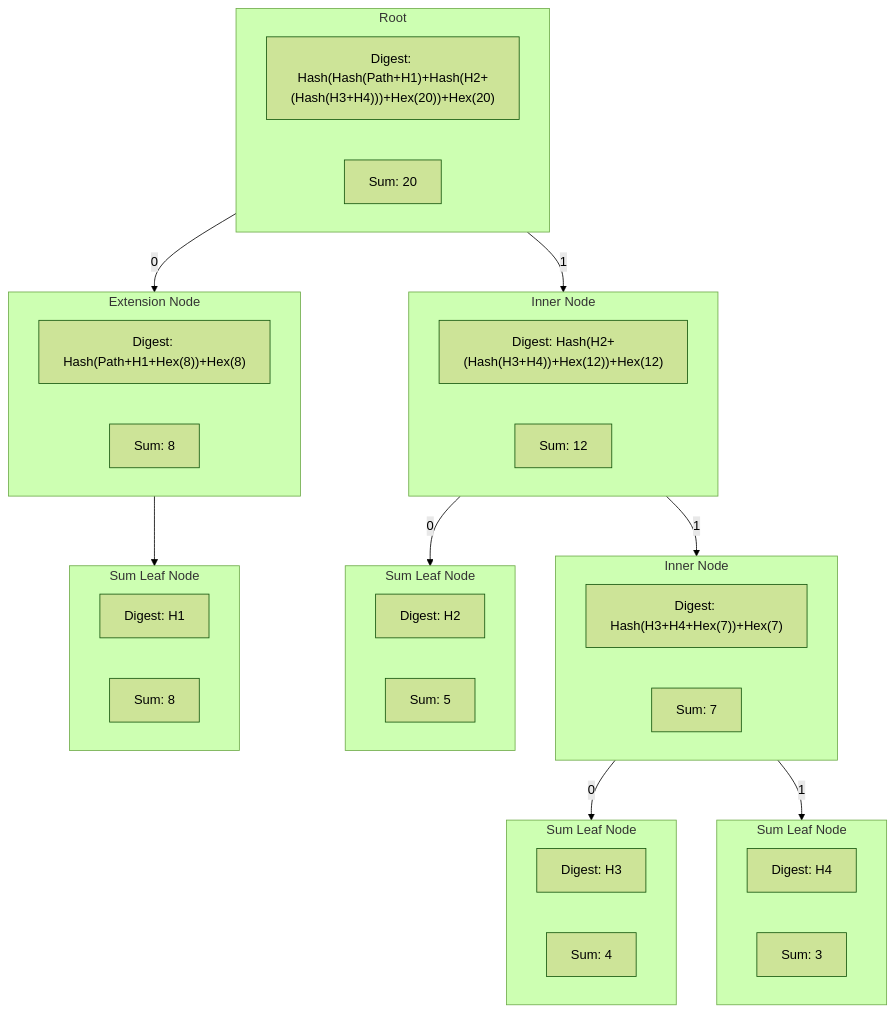
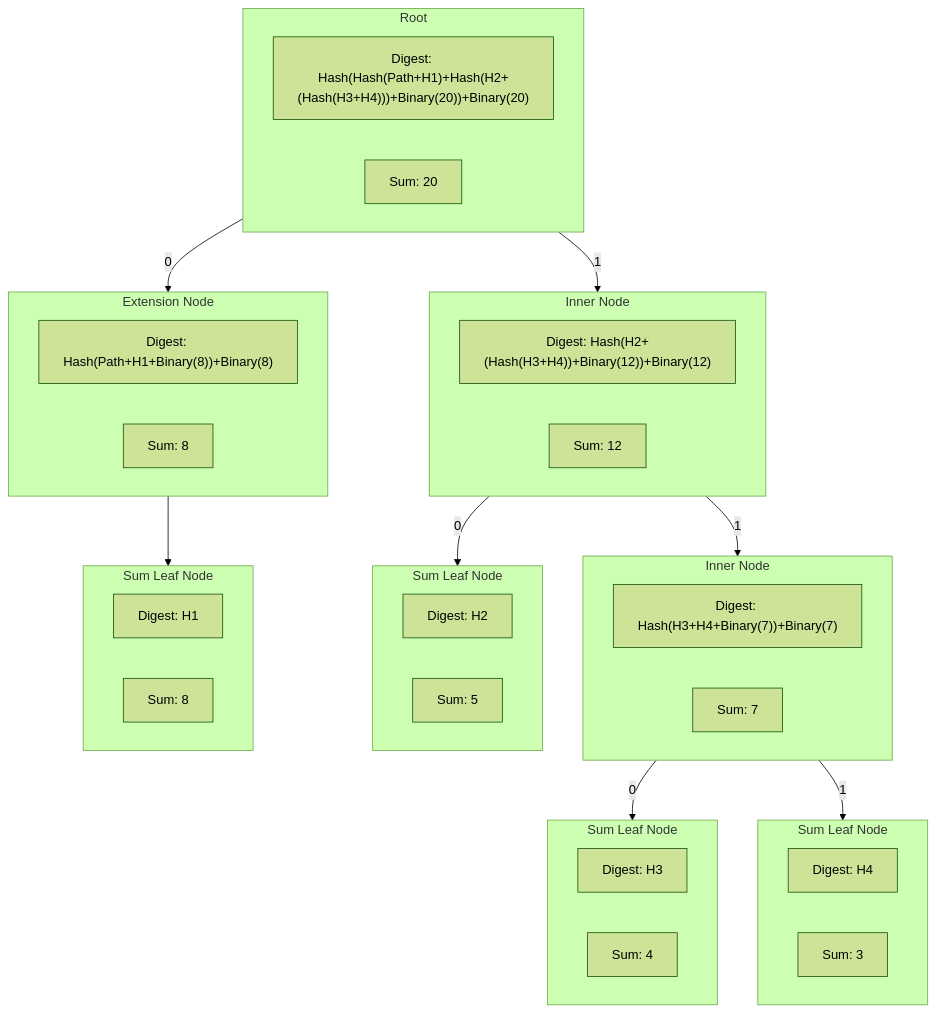
Before and after one commit to pokt-network/smt: the first of 2 diagrams in MerkleSumTree.md, drawn with Mermaid (forest theme). The commit also changed other lines of this file and 1 other file, not shown here.

Commit message:
Replace references to hex with binary encoding

````diff
--- a/MerkleSumTree.md
+++ b/MerkleSumTree.md
@@ -65,42 +70,42 @@
 ```mermaid
 graph TB
 	subgraph Root
-		A1["Digest: Hash(Hash(Path+H1)+Hash(H2+(Hash(H3+H4)))+Hex(20))+Hex(20)"]
+		A1["Digest: Hash(Hash(Path+H1)+Hash(H2+(Hash(H3+H4)))+Binary(20))+Binary(20)"]
         A2[Sum: 20]
 	end
 	subgraph BI[Inner Node]
-		B1["Digest: Hash(H2+(Hash(H3+H4))+Hex(12))+Hex(12)"]
+		B1["Digest: Hash(H2+(Hash(H3+H4))+Binary(12))+Binary(12)"]
         B2[Sum: 12]
 	end
 	subgraph BE[Extension Node]
-		B3["Digest: Hash(Path+H1+Hex(8))+Hex(8)"]
+		B3["Digest: Hash(Path+H1+Binary(8))+Binary(8)"]
         B4[Sum: 8]
 	end
 	subgraph CI[Inner Node]
-		C1["Digest: Hash(H3+H4+Hex(7))+Hex(7)"]
+		C1["Digest: Hash(H3+H4+Binary(7))+Binary(7)"]
         C2[Sum: 7]
 	end
 	subgraph CL[Sum Leaf Node]
 		C3[Digest: H2]
         C4[Sum: 5]
 	end
 	subgraph DL1[Sum Leaf Node]
 		D1[Digest: H3]
         D2[Sum: 4]
 	end
 	subgraph DL2[Sum Leaf Node]
 		D3[Digest: H4]
         D4[Sum: 3]
 	end
 	subgraph EL[Sum Leaf Node]
 		E1[Digest:  H1]
         E2[Sum: 8]
 	end
 	Root-->|0| BE
 	Root-->|1| BI
 	BI-->|0| CL
 	BI-->|1| CI
 	CI-->|0| DL1
 	CI-->|1| DL2
 	BE-->EL
 ```
````
